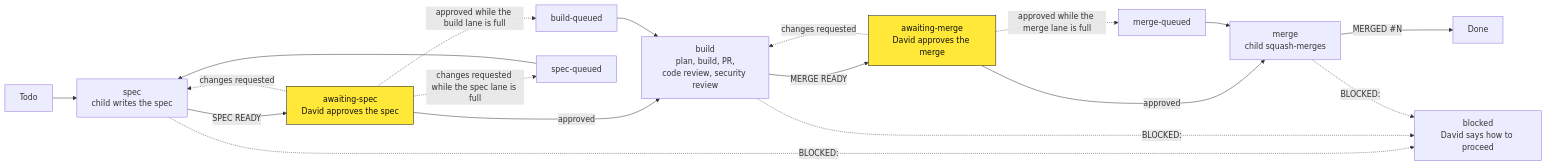
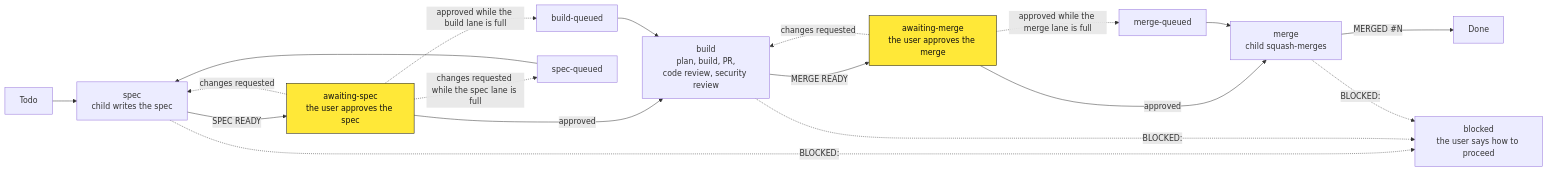
One commit to collective-wisdom-org/collective-wisdom changed the second of 2 diagrams in agent-team/docs/agents/org-chart.md. Above: the diagram before and after it, drawn with Mermaid. The commit also changed other lines of this file and 12 other files, not shown here.

````diff
--- a/agent-team/docs/agents/org-chart.md
+++ b/agent-team/docs/agents/org-chart.md
@@ -55,21 +55,21 @@
 ```mermaid
 flowchart LR
     Todo["Todo"] --> Spec["spec<br/>child writes the spec"]
-    Spec -- "SPEC READY" --> AS["awaiting-spec<br/>David approves the spec"]
+    Spec -- "SPEC READY" --> AS["awaiting-spec<br/>the user approves the spec"]
     AS -- "approved" --> Build["build<br/>plan, build, PR,<br/>code review, security review"]
-    Build -- "MERGE READY" --> AM["awaiting-merge<br/>David approves the merge"]
+    Build -- "MERGE READY" --> AM["awaiting-merge<br/>the user approves the merge"]
     AM -- "approved" --> Merge["merge<br/>child squash-merges"]
     AS -. "approved while the build lane is full" .-> BQ["build-queued"] --> Build
     AM -. "approved while the merge lane is full" .-> MQ["merge-queued"] --> Merge
     Merge -- "MERGED #35;N" --> Done["Done"]
 
     AS -. "changes requested" .-> Spec
     AS -. "changes requested while the spec lane is full" .-> SQ["spec-queued"] --> Spec
     AM -. "changes requested" .-> Build
-    Spec -. "BLOCKED:" .-> Blocked["blocked<br/>David says how to proceed"]
+    Spec -. "BLOCKED:" .-> Blocked["blocked<br/>the user says how to proceed"]
     Build -. "BLOCKED:" .-> Blocked
     Merge -. "BLOCKED:" .-> Blocked
 
     classDef gate fill:#ffe838,color:#0f0f11,stroke:#0f0f11
     class AS,AM gate
 ```
````
